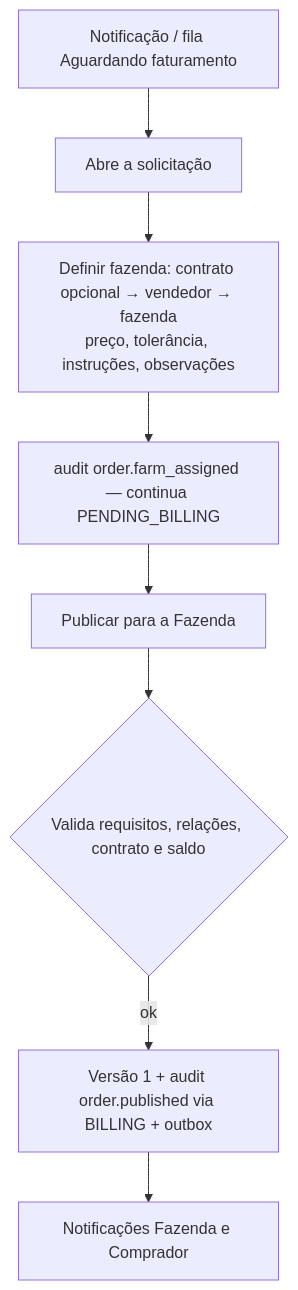
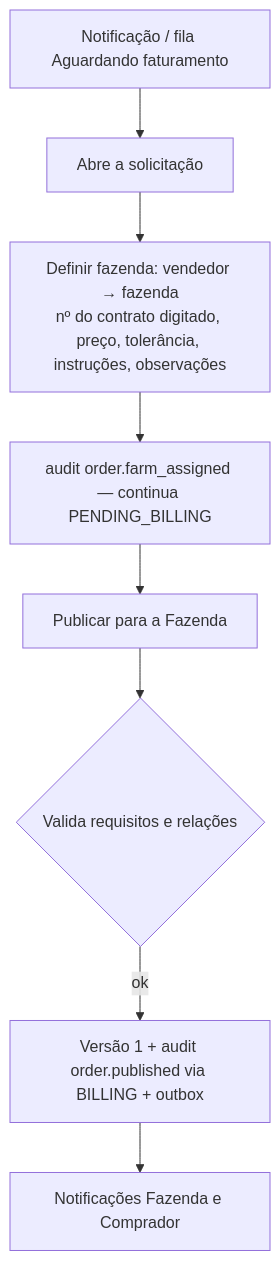
Before and after one commit to antoniocavali/Ordens_2.0: the third of 6 diagrams in docs/flows.md, drawn with Mermaid. The commit also changed other lines of this file and 51 other files, not shown here.

````diff
--- a/docs/flows.md
+++ b/docs/flows.md
@@ -40,10 +40,10 @@
 ```mermaid
 flowchart TD
   A[Notificação / fila Aguardando faturamento] --> B[Abre a solicitação]
-  B --> C[Definir fazenda: contrato opcional → vendedor → fazenda<br/>preço, tolerância, instruções, observações]
+  B --> C[Definir fazenda: vendedor → fazenda<br/>nº do contrato digitado, preço, tolerância, instruções, observações]
   C --> D[audit order.farm_assigned — continua PENDING_BILLING]
   D --> E[Publicar para a Fazenda]
-  E --> F{Valida requisitos, relações, contrato e saldo}
+  E --> F{Valida requisitos e relações}
   F -->|ok| G[Versão 1 + audit order.published via BILLING + outbox]
   G --> H[Notificações Fazenda e Comprador]
 ```
````
